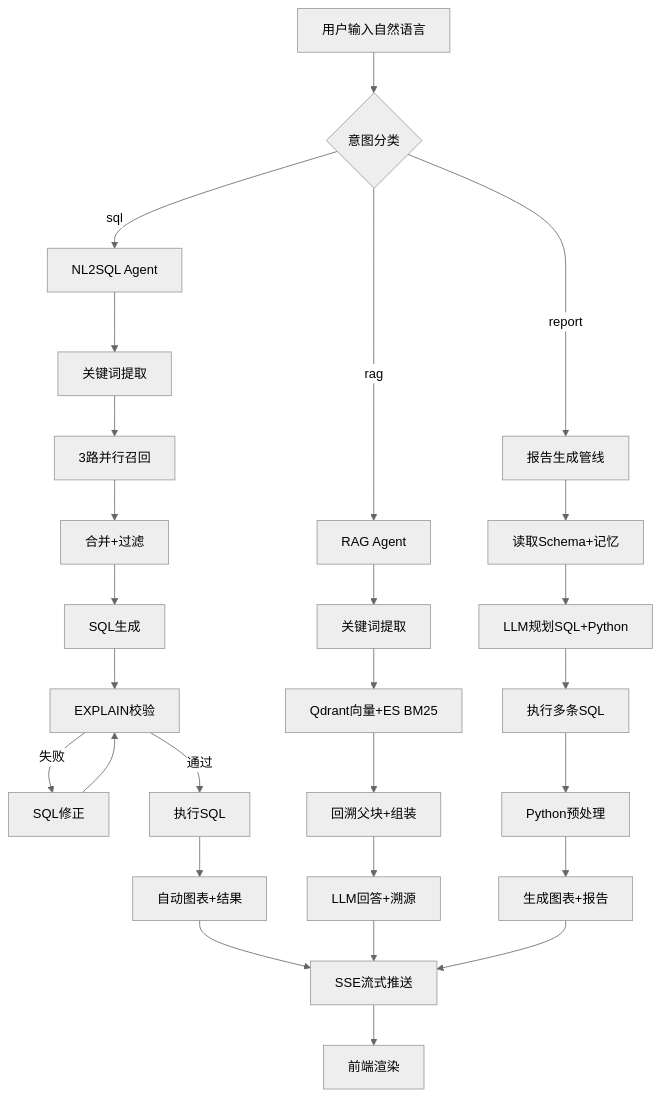
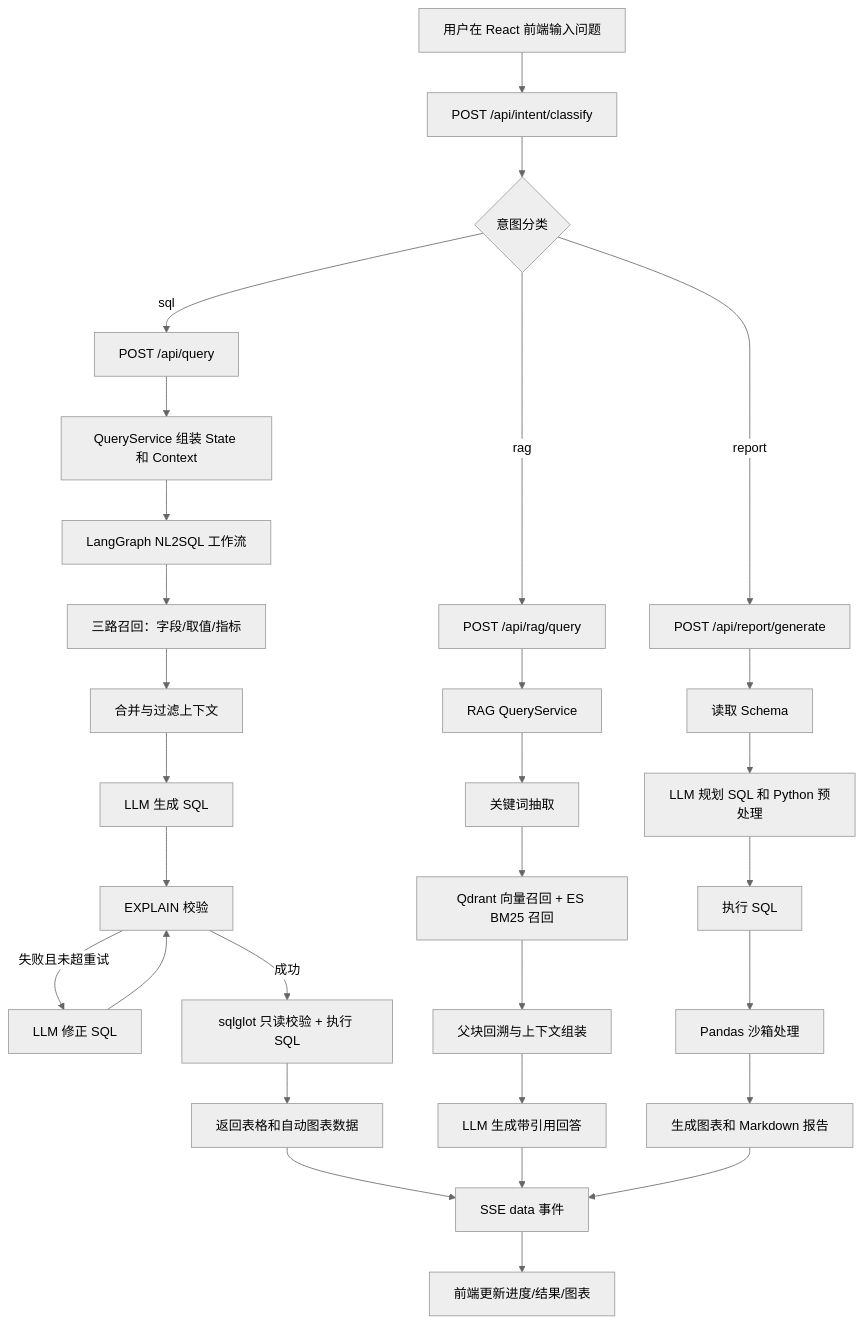
One commit to linkage18/shopkeeper-agent changed the diagram in docs/interview-prep.md. Above: the diagram before and after it, drawn with Mermaid (neutral theme). The commit also changed other lines of this file and 314 other files, not shown here.

First line of the commit message:
refactor: comprehensive engineering improvements across security, architecture, and frontend

````diff
--- a/docs/interview-prep.md
+++ b/docs/interview-prep.md
@@ -28,33 +34,36 @@
 ```mermaid
 flowchart TD
-    A[用户输入自然语言] --> B{意图分类}
-    B -->|sql| C[NL2SQL Agent]
-    B -->|rag| D[RAG Agent]
-    B -->|report| E[报告生成管线]
-    
-    C --> C1[关键词提取]
-    C1 --> C2[3路并行召回]
-    C2 --> C3[合并+过滤]
-    C3 --> C4[SQL生成]
-    C4 --> C5[EXPLAIN校验]
-    C5 -->|失败| C6[SQL修正]
-    C6 --> C5
-    C5 -->|通过| C7[执行SQL]
-    C7 --> C8[自动图表+结果]
-    
-    D --> D1[关键词提取]
-    D1 --> D2[Qdrant向量+ES BM25]
-    D2 --> D3[回溯父块+组装]
-    D3 --> D4[LLM回答+溯源]
-    
-    E --> E1[读取Schema+记忆]
-    E1 --> E2[LLM规划SQL+Python]
-    E2 --> E3[执行多条SQL]
-    E3 --> E4[Python预处理]
-    E4 --> E5[生成图表+报告]
-    
-    C8 --> F[SSE流式推送]
-    D4 --> F
-    E5 --> F
-    F --> G[前端渲染]
+    A["用户在 React 前端输入问题"] --> B["POST /api/intent/classify"]
+    B --> C{"意图分类"}
+    C -->|sql| D["POST /api/query"]
+    C -->|rag| E["POST /api/rag/query"]
+    C -->|report| F["POST /api/report/generate"]
+
+    D --> D1["QueryService 组装 State 和 Context"]
+    D1 --> D2["LangGraph NL2SQL 工作流"]
+    D2 --> D3["三路召回：字段/取值/指标"]
+    D3 --> D4["合并与过滤上下文"]
+    D4 --> D5["LLM 生成 SQL"]
+    D5 --> D6["EXPLAIN 校验"]
+    D6 -->|失败且未超重试| D7["LLM 修正 SQL"]
+    D7 --> D6
+    D6 -->|成功| D8["sqlglot 只读校验 + 执行 SQL"]
+    D8 --> D9["返回表格和自动图表数据"]
+
+    E --> E1["RAG QueryService"]
+    E1 --> E2["关键词抽取"]
+    E2 --> E3["Qdrant 向量召回 + ES BM25 召回"]
+    E3 --> E4["父块回溯与上下文组装"]
+    E4 --> E5["LLM 生成带引用回答"]
+
+    F --> F1["读取 Schema"]
+    F1 --> F2["LLM 规划 SQL 和 Python 预处理"]
+    F2 --> F3["执行 SQL"]
+    F3 --> F4["Pandas 沙箱处理"]
+    F4 --> F5["生成图表和 Markdown 报告"]
+
+    D9 --> G["SSE data 事件"]
+    E5 --> G
+    F5 --> G
+    G --> H["前端更新进度/结果/图表"]
 ```
````
